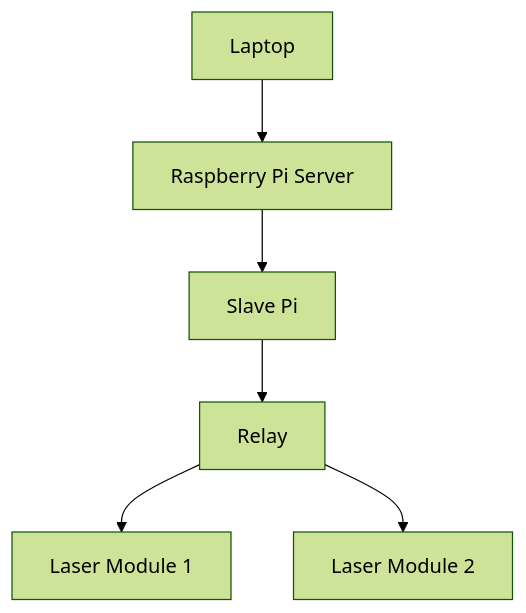
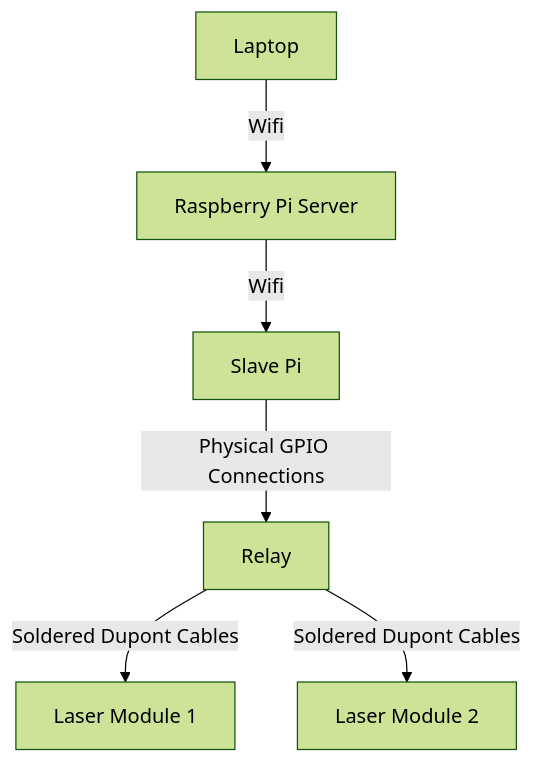
Before and after one commit to tl0wh/EGL314_Team-A_Project-Repository: the diagram in MVP/Laser_Modules/Laser.md, drawn with Mermaid (forest theme). The commit also changed other lines of this file and 3 other files, not shown here.

````diff
--- a/MVP/Laser_Modules/Laser.md
+++ b/MVP/Laser_Modules/Laser.md
@@ -7,8 +7,8 @@
 ```mermaid
 graph TD
-A[Laptop] --> B[Raspberry Pi Server]
-B --> C[Slave Pi]
-C --> D[Relay]
-D --> D1[Laser Module 1]
-D --> D2[Laser Module 2]
+A[Laptop] --Wifi--> B[Raspberry Pi Server]
+B --Wifi--> C[Slave Pi]
+C --Physical GPIO Connections--> D[Relay]
+D --Soldered Dupont Cables--> D1[Laser Module 1]
+D --Soldered Dupont Cables--> D2[Laser Module 2]
 ```
````
